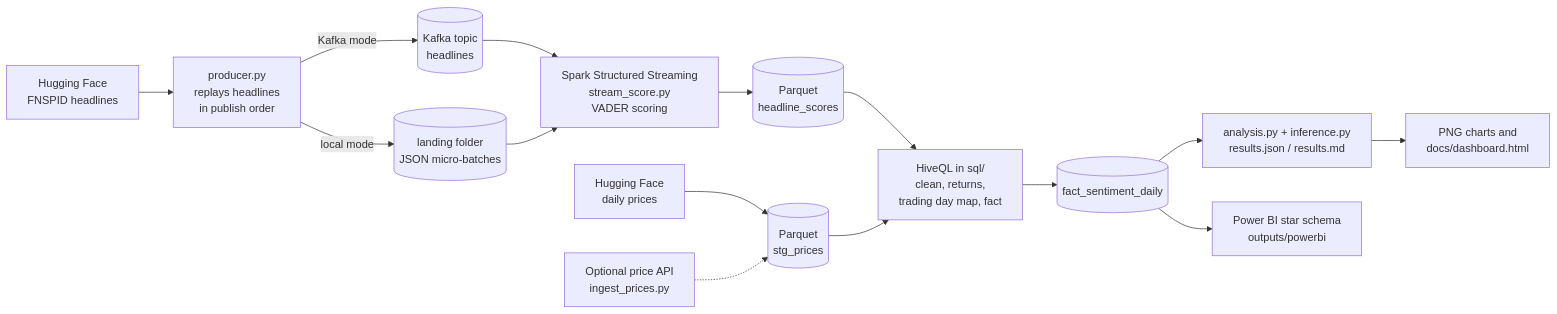
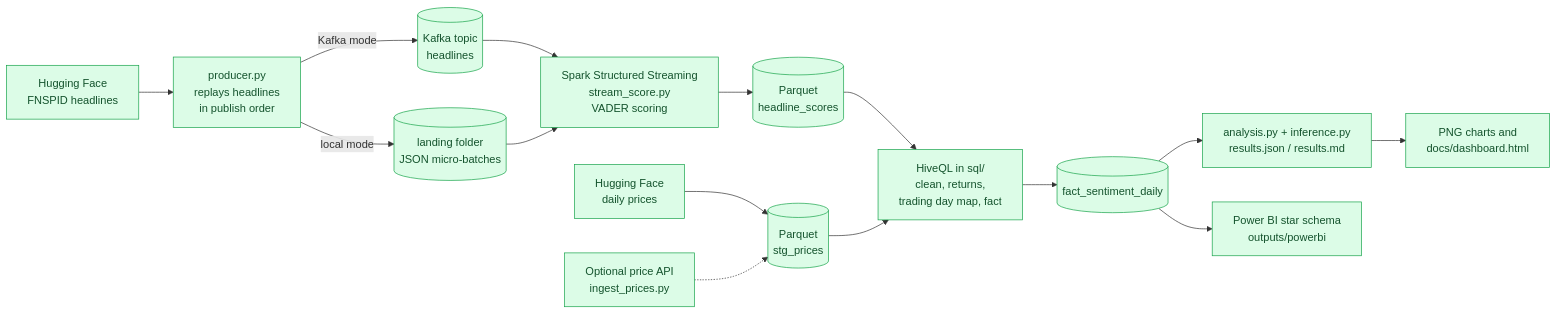
The diagram in README.md (Mayank-thite/stock-sentiment-pipeline), drawn with Mermaid before and after one commit. The commit also changed other lines of this file and 1 other file, not shown here.

Commit message:
Restyle README: banner, badges, callouts, colored diagrams, collapsible technical sections

````diff
--- a/README.md
+++ b/README.md
@@ -35,17 +58,18 @@
 ```mermaid
 flowchart LR
     A[Hugging Face<br>FNSPID headlines] --> P[producer.py<br>replays headlines<br>in publish order]
     P -->|Kafka mode| K[(Kafka topic<br>headlines)]
     P -->|local mode| L[(landing folder<br>JSON micro-batches)]
     K --> S[Spark Structured Streaming<br>stream_score.py<br>VADER scoring]
     L --> S
     S --> W[(Parquet<br>headline_scores)]
     B[Hugging Face<br>daily prices] --> ST[(Parquet<br>stg_prices)]
     API[Optional price API<br>ingest_prices.py] -.-> ST
     W --> H[HiveQL in sql/<br>clean, returns,<br>trading day map, fact]
     ST --> H
     H --> F[(fact_sentiment_daily)]
     F --> AN[analysis.py + inference.py<br>results.json / results.md]
     F --> PB[Power BI star schema<br>outputs/powerbi]
     AN --> C[PNG charts and<br>docs/dashboard.html]
+classDef default fill:#dcfce7,stroke:#16a34a,color:#14532d
 ```
````
